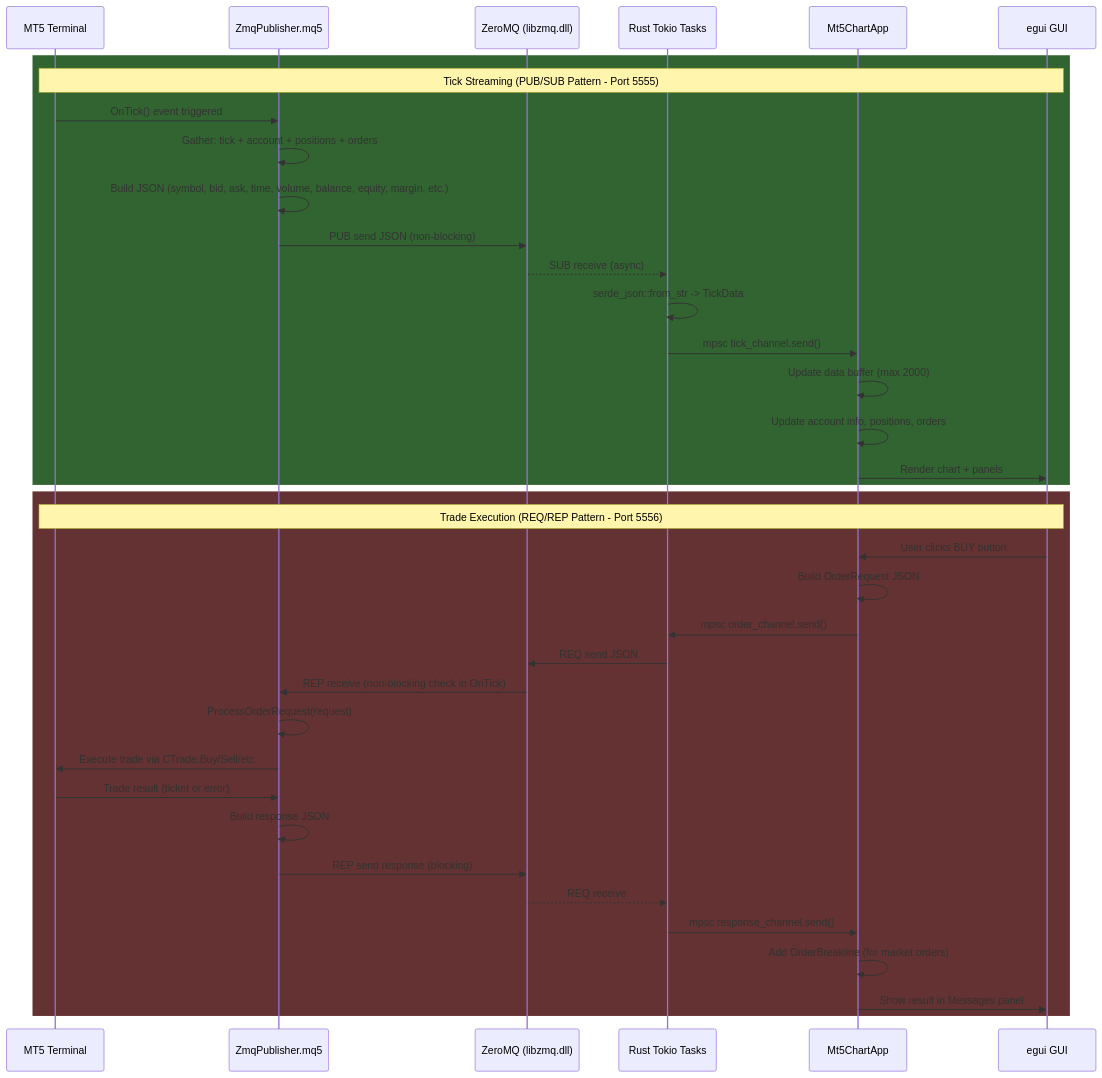
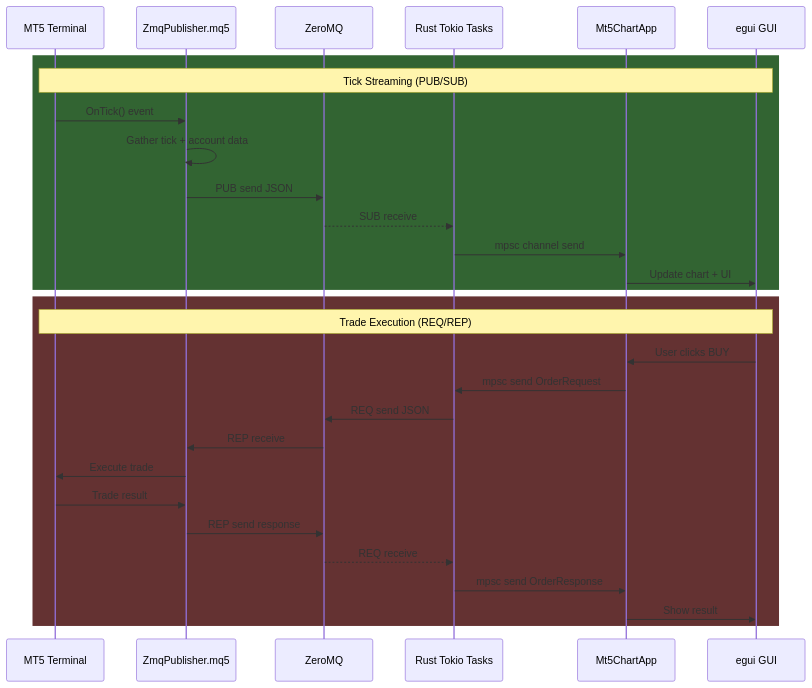
One commit to algorembrant/SUM3API changed the third of 8 diagrams in MQL5-Rustmt5-chart-Documentation.md. Above: the diagram before and after it, drawn with Mermaid. The commit also changed other lines of this file, not shown here.

````diff
--- a/MQL5-Rustmt5-chart-Documentation.md
+++ b/MQL5-Rustmt5-chart-Documentation.md
@@ -160,41 +141,33 @@
 ```mermaid
 sequenceDiagram
     participant M as MT5 Terminal
     participant EA as ZmqPublisher.mq5
-    participant ZMQ as ZeroMQ (libzmq.dll)
+    participant ZMQ as ZeroMQ
     participant RT as Rust Tokio Tasks
     participant APP as Mt5ChartApp
     participant GUI as egui GUI
 
     rect rgb(50, 100, 50)
-        Note over M,GUI: Tick Streaming (PUB/SUB Pattern - Port 5555)
-        M->>EA: OnTick() event triggered
-        EA->>EA: Gather: tick + account + positions + orders
-        EA->>EA: Build JSON (symbol, bid, ask, time, volume, balance, equity, margin, etc.)
-        EA->>ZMQ: PUB send JSON (non-blocking)
-        ZMQ-->>RT: SUB receive (async)
-        RT->>RT: serde_json::from_str -> TickData
-        RT->>APP: mpsc tick_channel.send()
-        APP->>APP: Update data buffer (max 2000)
-        APP->>APP: Update account info, positions, orders
-        APP->>GUI: Render chart + panels
+        Note over M,GUI: Tick Streaming (PUB/SUB)
+        M->>EA: OnTick() event
+        EA->>EA: Gather tick + account data
+        EA->>ZMQ: PUB send JSON
+        ZMQ-->>RT: SUB receive
+        RT->>APP: mpsc channel send
+        APP->>GUI: Update chart + UI
     end
 
     rect rgb(100, 50, 50)
-        Note over M,GUI: Trade Execution (REQ/REP Pattern - Port 5556)
-        GUI->>APP: User clicks BUY button
-        APP->>APP: Build OrderRequest JSON
-        APP->>RT: mpsc order_channel.send()
+        Note over M,GUI: Trade Execution (REQ/REP)
+        GUI->>APP: User clicks BUY
+        APP->>RT: mpsc send OrderRequest
         RT->>ZMQ: REQ send JSON
-        ZMQ->>EA: REP receive (non-blocking check in OnTick)
-        EA->>EA: ProcessOrderRequest(request)
-        EA->>M: Execute trade via CTrade.Buy/Sell/etc.
-        M->>EA: Trade result (ticket or error)
-        EA->>EA: Build response JSON
-        EA->>ZMQ: REP send response (blocking)
+        ZMQ->>EA: REP receive
+        EA->>M: Execute trade
+        M->>EA: Trade result
+        EA->>ZMQ: REP send response
         ZMQ-->>RT: REQ receive
-        RT->>APP: mpsc response_channel.send()
-        APP->>APP: Add OrderBreakline (for market orders)
-        APP->>GUI: Show result in Messages panel
+        RT->>APP: mpsc send OrderResponse
+        APP->>GUI: Show result
     end
 ```
````
